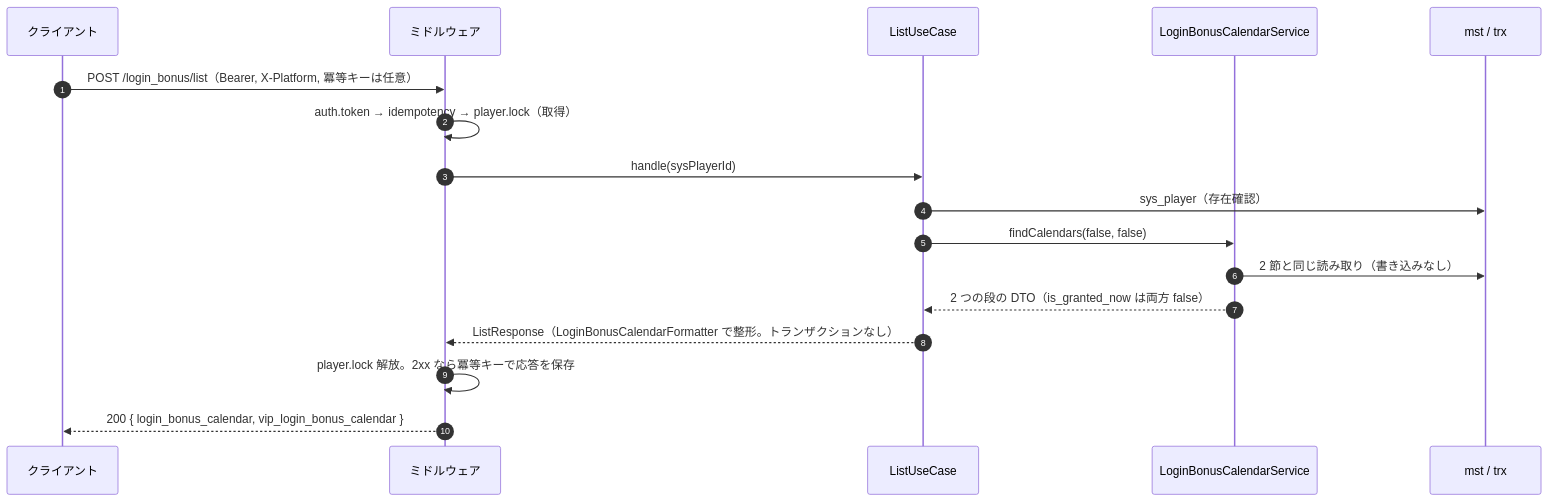
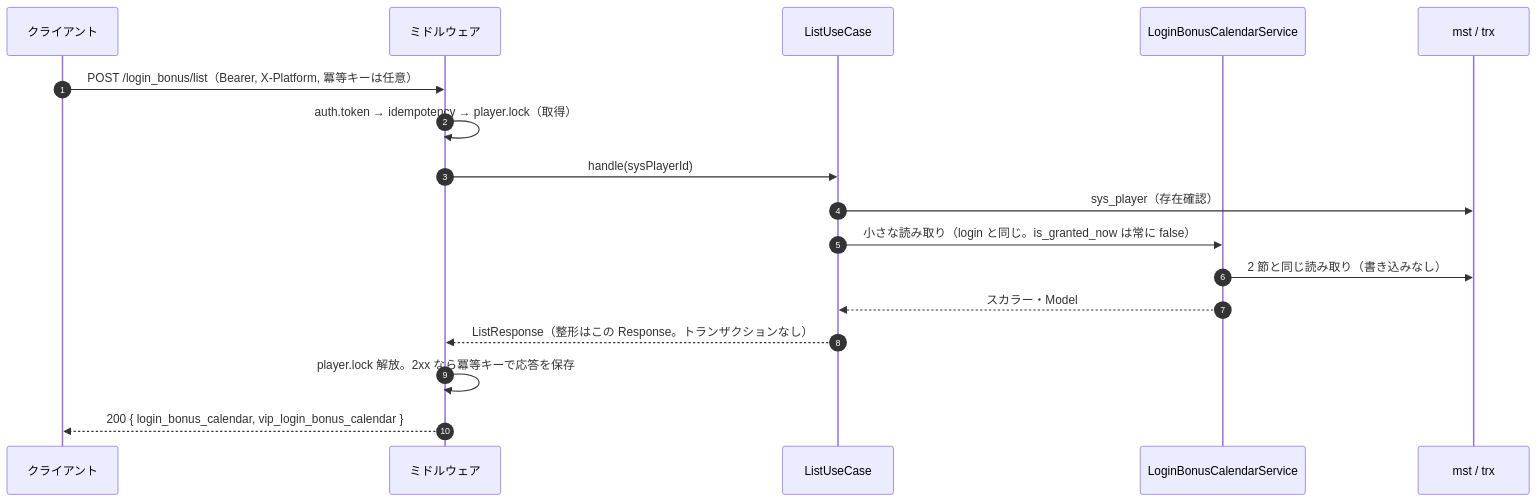
Before and after one commit to BENieBlack/NexusLaravelMobileGameServer: the second of 7 diagrams in docs/design/login-bonus-calendar/sequence.md, drawn with Mermaid. The commit also changed other lines of this file and 59 other files, not shown here.

````diff
--- a/docs/design/login-bonus-calendar/sequence.md
+++ b/docs/design/login-bonus-calendar/sequence.md
@@ -51,20 +51,20 @@
 ```mermaid
 sequenceDiagram
     autonumber
     participant C as クライアント
     participant M as ミドルウェア
     participant U as ListUseCase
     participant K as LoginBonusCalendarService
     participant DB as mst / trx
 
     C->>M: POST /login_bonus/list（Bearer, X-Platform, 冪等キーは任意）
     M->>M: auth.token → idempotency → player.lock（取得）
     M->>U: handle(sysPlayerId)
     U->>DB: sys_player（存在確認）
-    U->>K: findCalendars(false, false)
+    U->>K: 小さな読み取り（login と同じ。is_granted_now は常に false）
     K->>DB: 2 節と同じ読み取り（書き込みなし）
-    K-->>U: 2 つの段の DTO（is_granted_now は両方 false）
-    U-->>M: ListResponse（LoginBonusCalendarFormatter で整形。トランザクションなし）
+    K-->>U: スカラー・Model
+    U-->>M: ListResponse（整形はこの Response。トランザクションなし）
     M->>M: player.lock 解放。2xx なら冪等キーで応答を保存
     M-->>C: 200 { login_bonus_calendar, vip_login_bonus_calendar }
 ```
````
